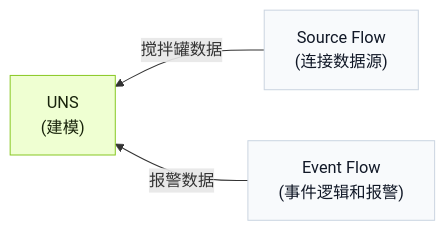
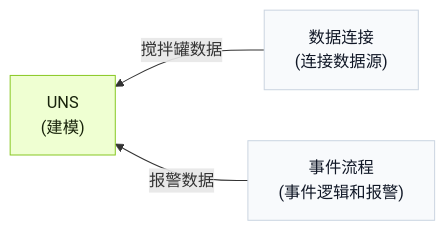
One commit to FREEZONEX/Tier0-docs-site changed the diagram in src/content/docs/zh-cn/using-tier0/monitor-uns-with-agent.mdx. Above: the diagram before and after it, drawn with Mermaid. The commit also changed other lines of this file and 93 other files, not shown here.

````diff
--- a/src/content/docs/zh-cn/using-tier0/monitor-uns-with-agent.mdx
+++ b/src/content/docs/zh-cn/using-tier0/monitor-uns-with-agent.mdx
@@ -26,14 +26,14 @@
 ```mermaid
 flowchart RL
-  source["Source Flow<br/>(连接数据源)"]
-  event["Event Flow<br/>(事件逻辑和报警)"]
+  source["数据连接<br/>(连接数据源)"]
+  event["事件流程<br/>(事件逻辑和报警)"]
   uns["UNS<br/>(建模)"]
 
   source -->|"搅拌罐数据"| uns
   event -->|"报警数据"| uns
 
   classDef t0accent fill:#EFFFD2,stroke:#8AC926,stroke-width:1px,color:#18230B
   classDef t0node fill:#F8FAFC,stroke:#CBD5E1,stroke-width:1px,color:#111827
   class uns t0accent
   class source,event t0node
 ```
````
